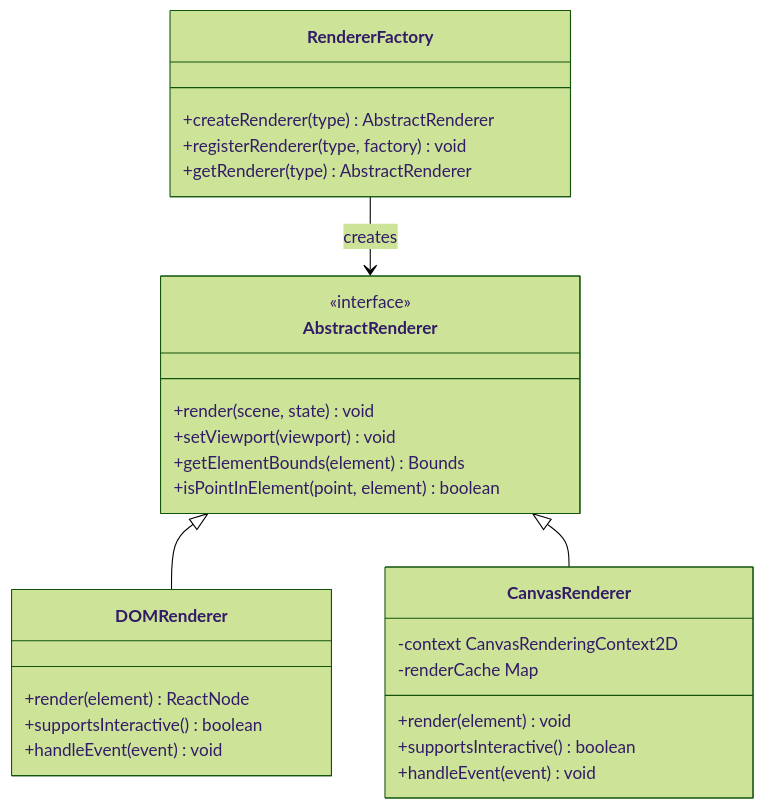
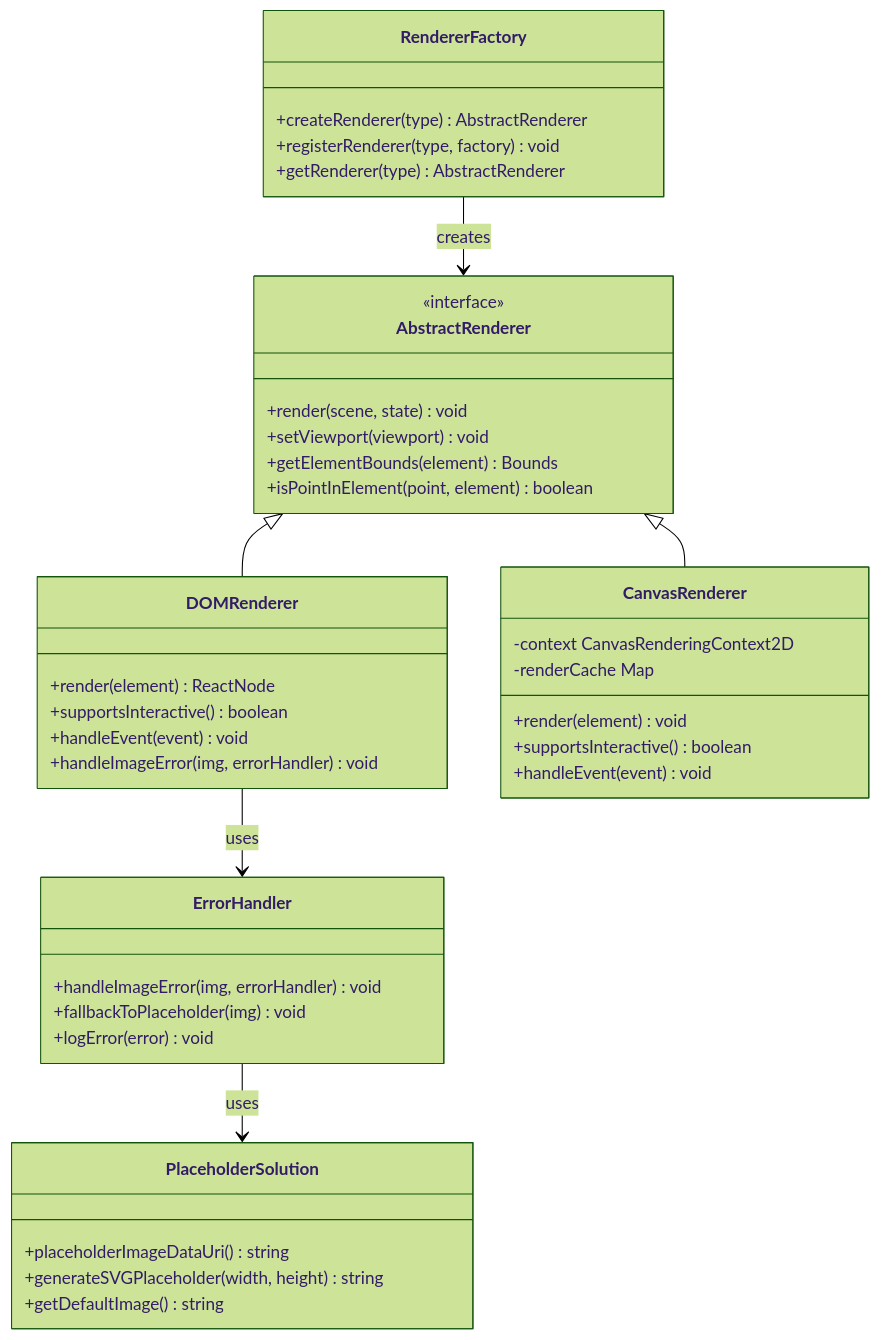
Before and after one commit to Anna0314zy/ai_editor_enginer: the third of 7 diagrams in .qoder/repowiki/en/content/Rendering System/Canvas Renderer Integration Plans.md, drawn with Mermaid (forest theme). The commit also changed other lines of this file and 44 other files, not shown here.

````diff
--- a/.qoder/repowiki/en/content/Rendering System/Canvas Renderer Integration Plans.md
+++ b/.qoder/repowiki/en/content/Rendering System/Canvas Renderer Integration Plans.md
@@ -176,30 +191,43 @@
 ```mermaid
 classDiagram
 class AbstractRenderer {
 <<interface>>
 +render(scene, state) void
 +setViewport(viewport) void
 +getElementBounds(element) Bounds
 +isPointInElement(point, element) boolean
 }
 class DOMRenderer {
 +render(element) ReactNode
 +supportsInteractive() boolean
 +handleEvent(event) void
++handleImageError(img, errorHandler) void
 }
 class CanvasRenderer {
 +render(element) void
 +supportsInteractive() boolean
 +handleEvent(event) void
 -context CanvasRenderingContext2D
 -renderCache Map
 }
 class RendererFactory {
 +createRenderer(type) AbstractRenderer
 +registerRenderer(type, factory) void
 +getRenderer(type) AbstractRenderer
 }
+class ErrorHandler {
++handleImageError(img, errorHandler) void
++fallbackToPlaceholder(img) void
++logError(error) void
+}
+class PlaceholderSolution {
++placeholderImageDataUri() string
++generateSVGPlaceholder(width, height) string
++getDefaultImage() string
+}
 AbstractRenderer <|-- DOMRenderer
 AbstractRenderer <|-- CanvasRenderer
 RendererFactory --> AbstractRenderer : creates
+DOMRenderer --> ErrorHandler : uses
+ErrorHandler --> PlaceholderSolution : uses
 ```
````
